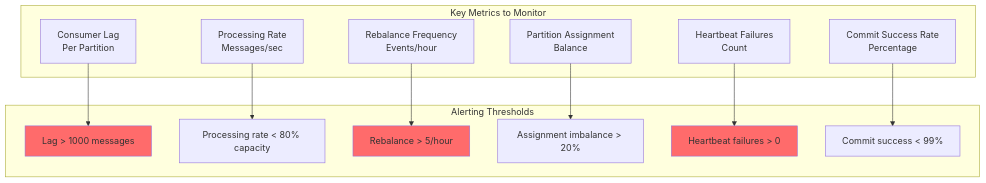
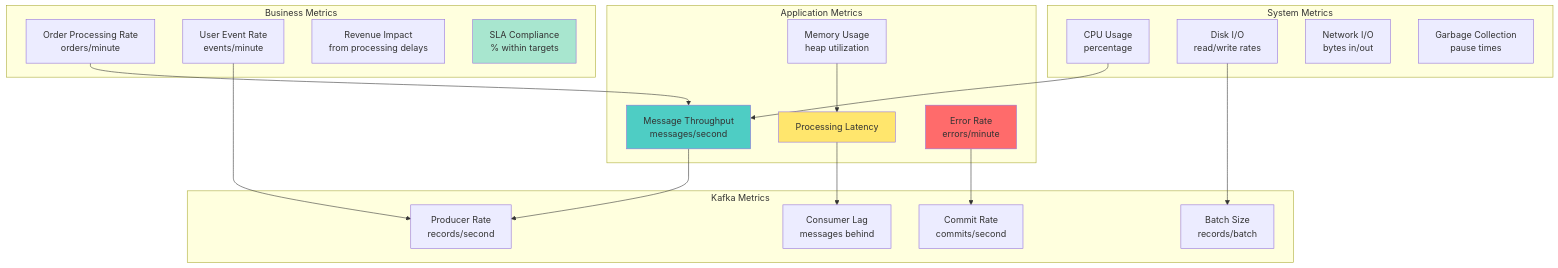
Before and after one commit to vorrawut/KafkaStarter: the fifth of 5 diagrams in class/workshop/lesson_7/README.md, drawn with Mermaid. The commit also changed other lines of this file and 204 other files, not shown here.

````diff
--- a/class/workshop/lesson_7/README.md
+++ b/class/workshop/lesson_7/README.md
@@ -331,31 +407,46 @@
 ```mermaid
 graph TB
-    subgraph "Key Metrics to Monitor"
-        M1[Consumer Lag<br/>Per Partition]
-        M2[Processing Rate<br/>Messages/sec]
-        M3[Rebalance Frequency<br/>Events/hour]
-        M4[Partition Assignment<br/>Balance]
-        M5[Heartbeat Failures<br/>Count]
-        M6[Commit Success Rate<br/>Percentage]
+    subgraph "Application Metrics"
+        THROUGHPUT[Message Throughput<br/>messages/second]
+        LATENCY[Processing Latency<br/&gt;95th percentile]
+        ERROR_RATE[Error Rate<br/>errors/minute]
+        MEMORY[Memory Usage<br/>heap utilization]
     end
     
-    subgraph "Alerting Thresholds"
-        A1[Lag > 1000 messages]
-        A2[Processing rate < 80% capacity]
-        A3[Rebalance > 5/hour]
-        A4[Assignment imbalance > 20%]
-        A5[Heartbeat failures > 0]
-        A6[Commit success < 99%]
+    subgraph "Kafka Metrics"
+        PRODUCER_RATE[Producer Rate<br/>records/second]
+        CONSUMER_LAG[Consumer Lag<br/>messages behind]
+        BATCH_SIZE[Batch Size<br/>records/batch]
+        COMMIT_RATE[Commit Rate<br/>commits/second]
     end
     
-    M1 --> A1
-    M2 --> A2
-    M3 --> A3
-    M4 --> A4
-    M5 --> A5
-    M6 --> A6
+    subgraph "System Metrics"
+        CPU[CPU Usage<br/>percentage]
+        DISK_IO[Disk I/O<br/>read/write rates]
+        NETWORK[Network I/O<br/>bytes in/out]
+        GC[Garbage Collection<br/>pause times]
+    end
     
-    style A1 fill:#ff6b6b
-    style A3 fill:#ff6b6b
-    style A5 fill:#ff6b6b
+    subgraph "Business Metrics"
+        ORDER_RATE[Order Processing Rate<br/>orders/minute]
+        USER_EVENTS[User Event Rate<br/>events/minute]
+        REVENUE[Revenue Impact<br/>from processing delays]
+        SLA[SLA Compliance<br/>% within targets]
+    end
+    
+    THROUGHPUT --> PRODUCER_RATE
+    LATENCY --> CONSUMER_LAG
+    ERROR_RATE --> COMMIT_RATE
+    
+    CPU --> THROUGHPUT
+    MEMORY --> LATENCY
+    DISK_IO --> BATCH_SIZE
+    
+    ORDER_RATE --> THROUGHPUT
+    USER_EVENTS --> PRODUCER_RATE
+    
+    style THROUGHPUT fill:#4ecdc4
+    style LATENCY fill:#ffe66d
+    style ERROR_RATE fill:#ff6b6b
+    style SLA fill:#a8e6cf
 ```
````
